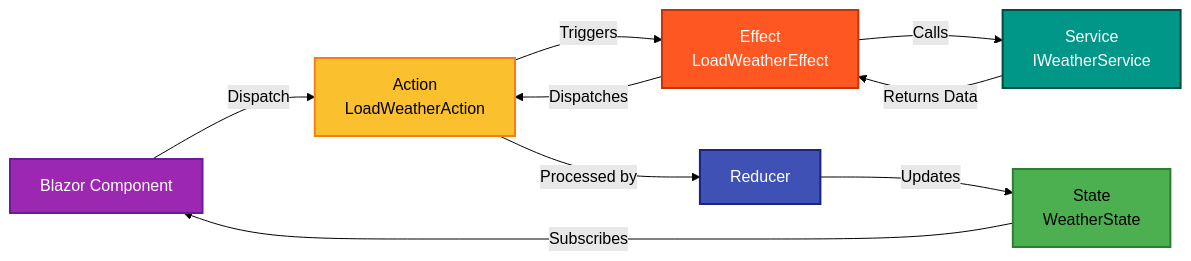
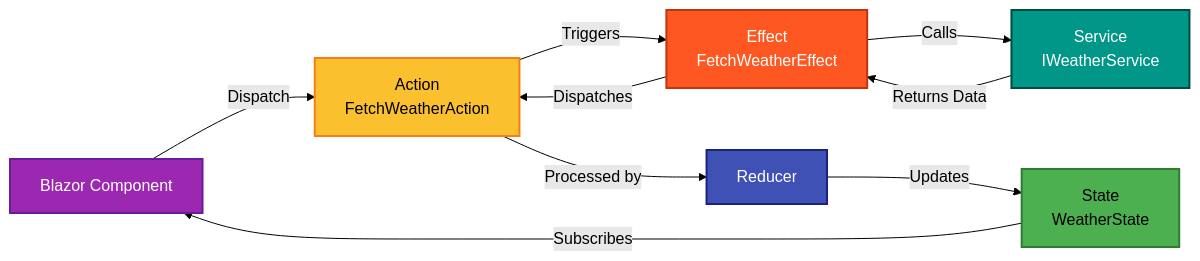
Before and after one commit to abrault-livefront/WeatherDashboard: the third of 3 diagrams in README.md, drawn with Mermaid (forest theme). The commit also changed other lines of this file and 26 other files, not shown here.

````diff
--- a/README.md
+++ b/README.md
@@ -287,25 +308,25 @@
 ```mermaid
 graph LR
     Component[Blazor Component]
-    Action[Action<br/>LoadWeatherAction]
-    Effect[Effect<br/>LoadWeatherEffect]
+    Action[Action<br/>FetchWeatherAction]
+    Effect[Effect<br/>FetchWeatherEffect]
     Service[Service<br/>IWeatherService]
     Reducer[Reducer]
     State[State<br/>WeatherState]
 
     Component -->|Dispatch| Action
     Action -->|Triggers| Effect
     Effect -->|Calls| Service
     Service -->|Returns Data| Effect
     Effect -->|Dispatches| Action
     Action -->|Processed by| Reducer
     Reducer -->|Updates| State
     State -->|Subscribes| Component
 
     style Component fill:#9c27b0,stroke:#6a1b9a,stroke-width:2px,color:#fff
     style Action fill:#fbc02d,stroke:#f57f17,stroke-width:2px,color:#000
     style Effect fill:#ff5722,stroke:#bf360c,stroke-width:2px,color:#fff
     style Service fill:#009688,stroke:#004d40,stroke-width:2px,color:#fff
     style Reducer fill:#3f51b5,stroke:#1a237e,stroke-width:2px,color:#fff
     style State fill:#4caf50,stroke:#2e7d32,stroke-width:2px,color:#000
 ```
````
